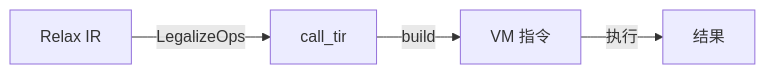
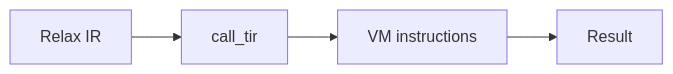
Before and after one commit to LudovicoYIN/blog: the second of 2 diagrams in src/content/posts/tvm-compilation-pipeline.md, drawn with Mermaid. The commit also changed 1 other file, not shown here.

Commit message:
fix: use graph LR with minimal labels for 2nd diagram

````diff
--- a/src/content/posts/tvm-compilation-pipeline.md
+++ b/src/content/posts/tvm-compilation-pipeline.md
@@ -185,6 +185,6 @@
 ```mermaid
-flowchart LR
-    A[Relax IR] -->|LegalizeOps| B[call_tir]
-    B -->|build| C[VM 指令]
-    C -->|执行| D[结果]
+graph LR
+    A[Relax IR] --> B[call_tir]
+    B --> C[VM instructions]
+    C --> D[Result]
 ```
````
